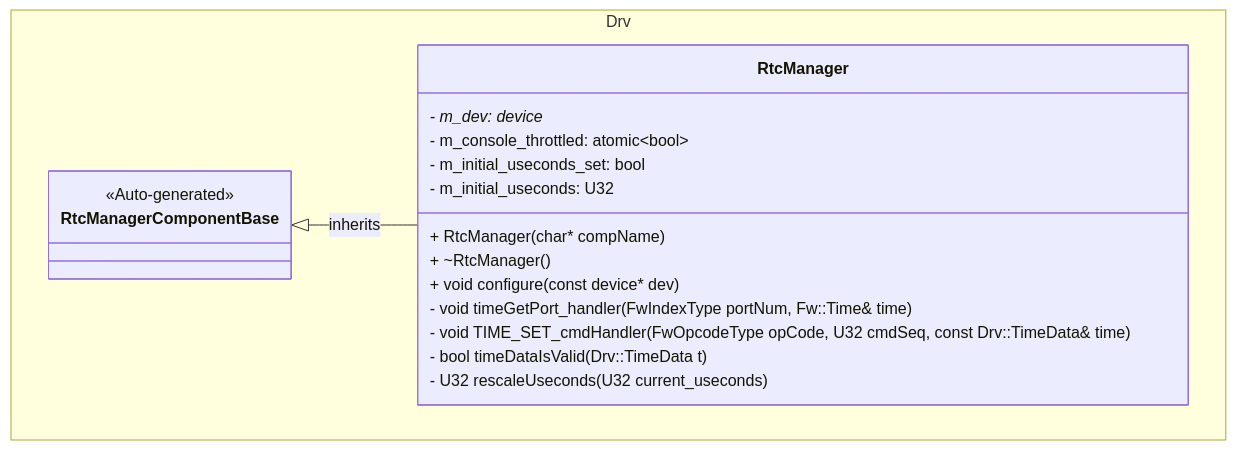
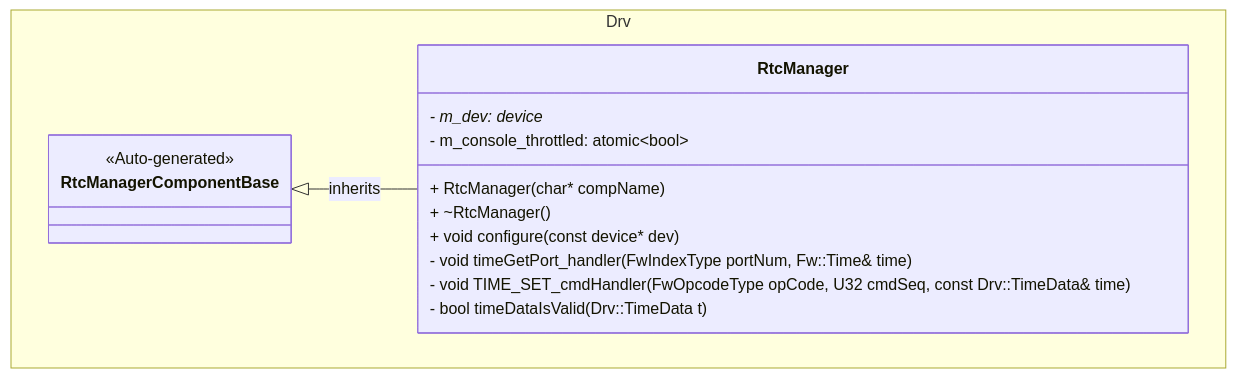
Before and after one commit to Open-Source-Space-Foundation/proves-core-reference: the first of 8 diagrams in FprimeZephyrReference/Components/Drv/RtcManager/docs/sdd.md, drawn with Mermaid. The commit also changed other lines of this file, not shown here.

````diff
--- a/FprimeZephyrReference/Components/Drv/RtcManager/docs/sdd.md
+++ b/FprimeZephyrReference/Components/Drv/RtcManager/docs/sdd.md
@@ -92,22 +93,20 @@
 ```mermaid
 classDiagram
     namespace Drv {
         class RtcManagerComponentBase {
             <<Auto-generated>>
         }
         class RtcManager {
             - m_dev: device*
             - m_console_throttled: atomic~bool~
-            - m_initial_useconds_set: bool
-            - m_initial_useconds: U32
+
             + RtcManager(char* compName)
             + ~RtcManager()
             + void configure(const device* dev)
             - void timeGetPort_handler(FwIndexType portNum, Fw::Time& time)
             - void TIME_SET_cmdHandler(FwOpcodeType opCode, U32 cmdSeq, const Drv::TimeData& time)
             - bool timeDataIsValid(Drv::TimeData t)
-            - U32 rescaleUseconds(U32 current_useconds)
         }
     }
     RtcManagerComponentBase <|-- RtcManager : inherits
 ```
````
